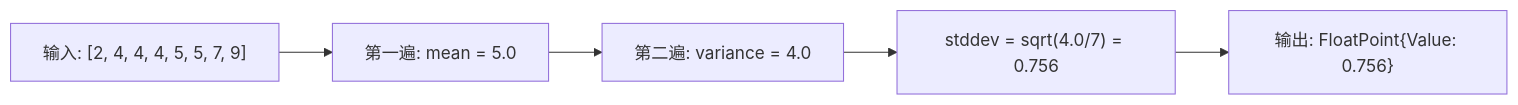
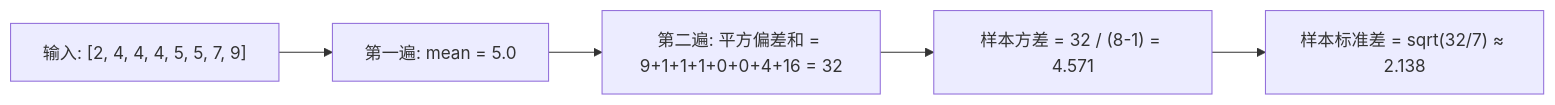
Before and after one commit to stefanv5/influxdb: diagram 12 of 24 in docs/specs/03_query_engine_spec.md, drawn with Mermaid. The commit also changed other lines of this file and 16 other files, not shown here.

First line of the commit message:
docs: correct and deepen the 17 architecture specs

````diff
--- a/docs/specs/03_query_engine_spec.md
+++ b/docs/specs/03_query_engine_spec.md
@@ -976,7 +1202,7 @@
 ```mermaid
 flowchart LR
     A["输入: [2, 4, 4, 4, 5, 5, 7, 9]"] --> B["第一遍: mean = 5.0"]
-    B --> C["第二遍: variance = 4.0"]
-    C --> D["stddev = sqrt(4.0/7) = 0.756"]
-    D --> E["输出: FloatPoint{Value: 0.756}"]
+    B --> C["第二遍: 平方偏差和 = 9+1+1+1+0+0+4+16 = 32"]
+    C --> D["样本方差 = 32 / (8-1) = 4.571"]
+    D --> E["样本标准差 = sqrt(32/7) ≈ 2.138"]
 ```
````
